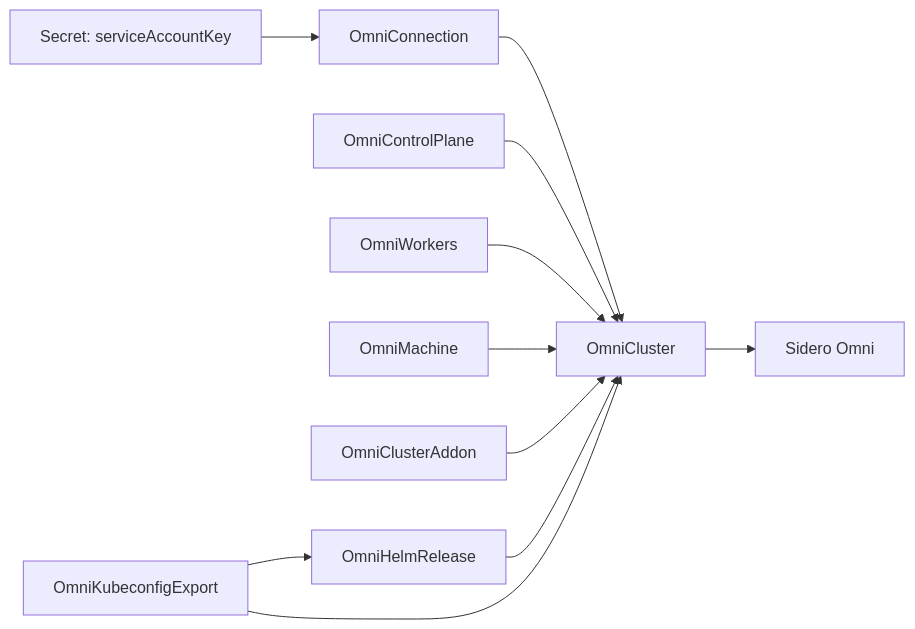
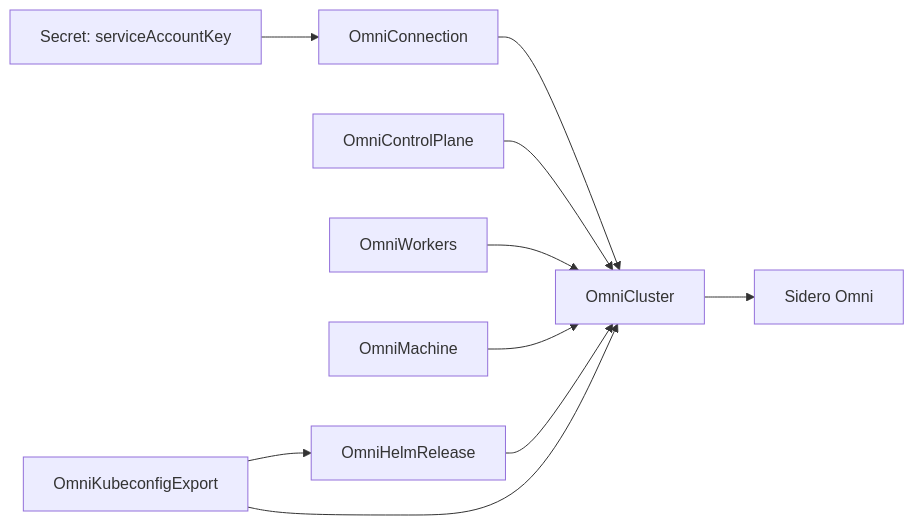
The diagram in docs/index.md (texas-hpc/omni-cluster-operator), drawn with Mermaid before and after one commit. The commit also changed other lines of this file and 65 other files, not shown here.

````diff
--- a/docs/index.md
+++ b/docs/index.md
@@ -44,13 +41,12 @@
 ```mermaid
 flowchart LR
   Secret["Secret: serviceAccountKey"] --> Connection["OmniConnection"]
   Connection --> Cluster["OmniCluster"]
   ControlPlane["OmniControlPlane"] --> Cluster
   Workers["OmniWorkers"] --> Cluster
   Machine["OmniMachine"] --> Cluster
-  Addon["OmniClusterAddon"] --> Cluster
   Export["OmniKubeconfigExport"] --> HelmRelease["OmniHelmRelease"]
   HelmRelease --> Cluster
   Export --> Cluster
   Cluster --> Omni["Sidero Omni"]
 ```
````
